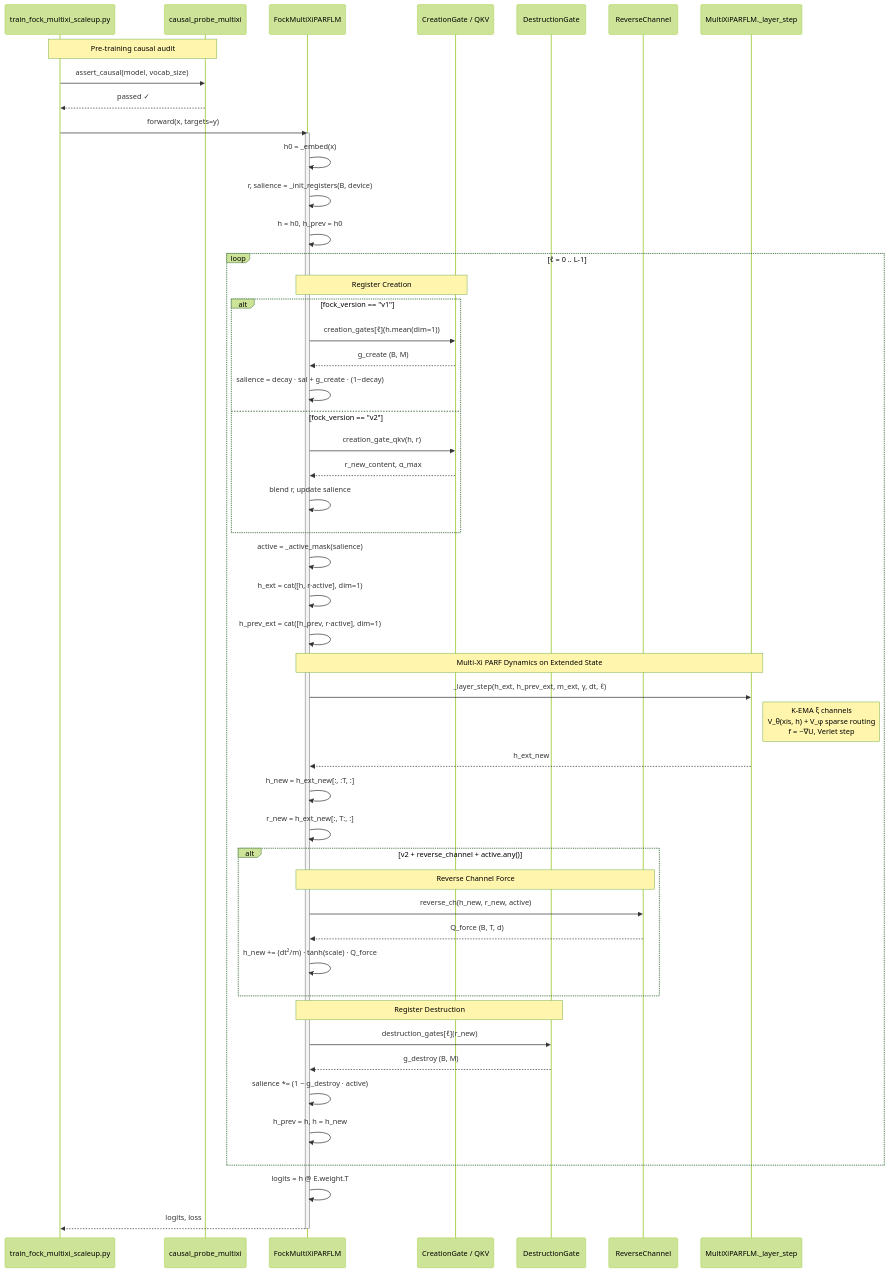
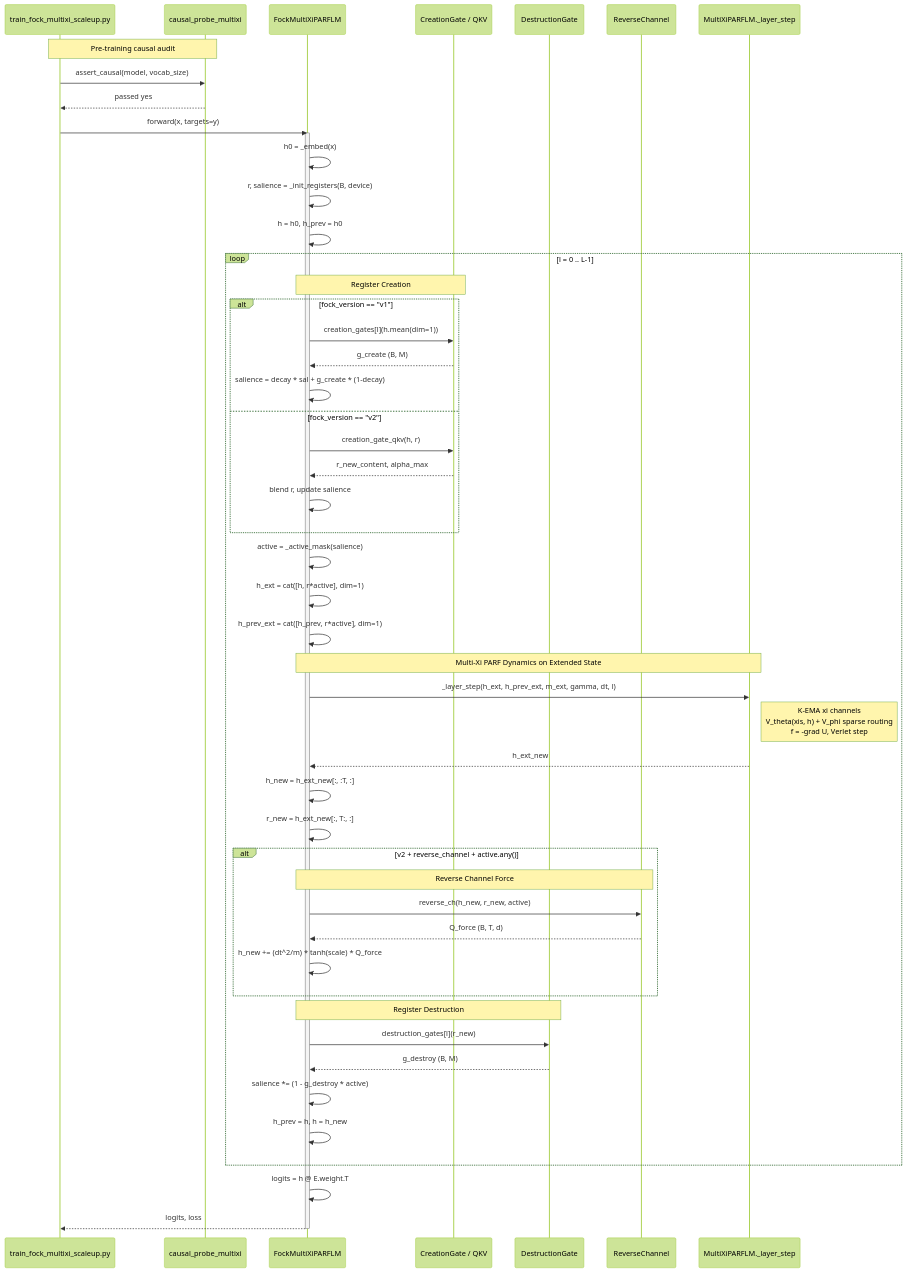
Before and after one commit to dimitarpg13/semsimula-paper: diagram 15 of 17 in SOFTWARE_ARCHITECTURE.md, drawn with Mermaid (forest theme). The commit also changed other lines of this file, not shown here.

Commit message:
add software class diagrams markdown

````diff
--- a/SOFTWARE_ARCHITECTURE.md
+++ b/SOFTWARE_ARCHITECTURE.md
@@ -996,63 +1043,63 @@
 ```mermaid
 sequenceDiagram
     participant Main as train_fock_multixi_scaleup.py
     participant Probe as causal_probe_multixi
     participant Model as FockMultiXiPARFLM
     participant CG as CreationGate / QKV
     participant DG as DestructionGate
     participant RC as ReverseChannel
     participant Super as MultiXiPARFLM._layer_step
 
     Note over Main,Probe: Pre-training causal audit
     Main->>Probe: assert_causal(model, vocab_size)
-    Probe-->>Main: passed ✓
+    Probe-->>Main: passed yes
 
     Main->>Model: forward(x, targets=y)
     activate Model
     Model->>Model: h0 = _embed(x)
     Model->>Model: r, salience = _init_registers(B, device)
     Model->>Model: h = h0, h_prev = h0
 
-    loop ℓ = 0 .. L-1
+    loop l = 0 .. L-1
         Note over Model,CG: Register Creation
         alt fock_version == "v1"
-            Model->>CG: creation_gates[ℓ](h.mean(dim=1))
+            Model->>CG: creation_gates[l](h.mean(dim=1))
             CG-->>Model: g_create (B, M)
-            Model->>Model: salience = decay · sal + g_create · (1−decay)
+            Model->>Model: salience = decay * sal + g_create * (1-decay)
         else fock_version == "v2"
             Model->>CG: creation_gate_qkv(h, r)
-            CG-->>Model: r_new_content, α_max
+            CG-->>Model: r_new_content, alpha_max
             Model->>Model: blend r, update salience
         end
 
         Model->>Model: active = _active_mask(salience)
-        Model->>Model: h_ext = cat([h, r·active], dim=1)
-        Model->>Model: h_prev_ext = cat([h_prev, r·active], dim=1)
+        Model->>Model: h_ext = cat([h, r*active], dim=1)
+        Model->>Model: h_prev_ext = cat([h_prev, r*active], dim=1)
 
         Note over Model,Super: Multi-Xi PARF Dynamics on Extended State
-        Model->>Super: _layer_step(h_ext, h_prev_ext, m_ext, γ, dt, ℓ)
-        Note right of Super: K-EMA ξ channels<br/>V_θ(xis, h) + V_φ sparse routing<br/>f = −∇U, Verlet step
+        Model->>Super: _layer_step(h_ext, h_prev_ext, m_ext, gamma, dt, l)
+        Note right of Super: K-EMA xi channels<br>V_theta(xis, h) + V_phi sparse routing<br>f = -grad U, Verlet step
         Super-->>Model: h_ext_new
 
         Model->>Model: h_new = h_ext_new[:, :T, :]
         Model->>Model: r_new = h_ext_new[:, T:, :]
 
         alt v2 + reverse_channel + active.any()
             Note over Model,RC: Reverse Channel Force
             Model->>RC: reverse_ch(h_new, r_new, active)
             RC-->>Model: Q_force (B, T, d)
-            Model->>Model: h_new += (dt²/m) · tanh(scale) · Q_force
+            Model->>Model: h_new += (dt^2/m) * tanh(scale) * Q_force
         end
 
         Note over Model,DG: Register Destruction
-        Model->>DG: destruction_gates[ℓ](r_new)
+        Model->>DG: destruction_gates[l](r_new)
         DG-->>Model: g_destroy (B, M)
-        Model->>Model: salience *= (1 − g_destroy · active)
+        Model->>Model: salience *= (1 - g_destroy * active)
 
         Model->>Model: h_prev = h, h = h_new
     end
 
     Model->>Model: logits = h @ E.weight.T
     Model-->>Main: logits, loss
     deactivate Model
 ```
````
